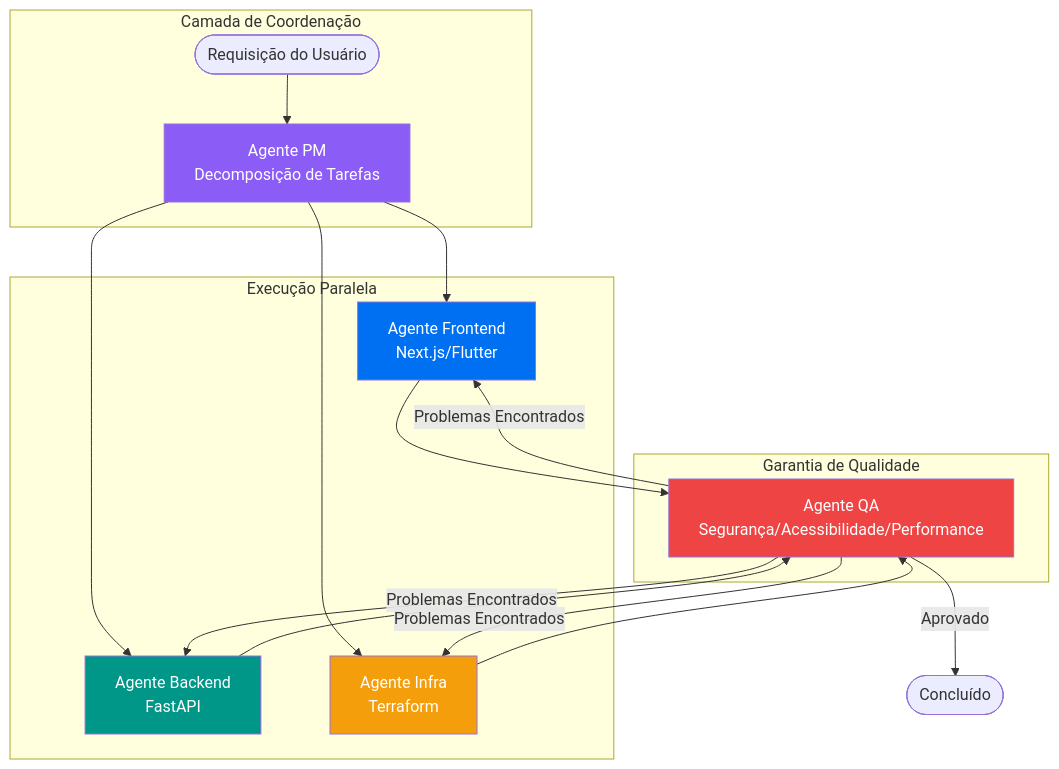
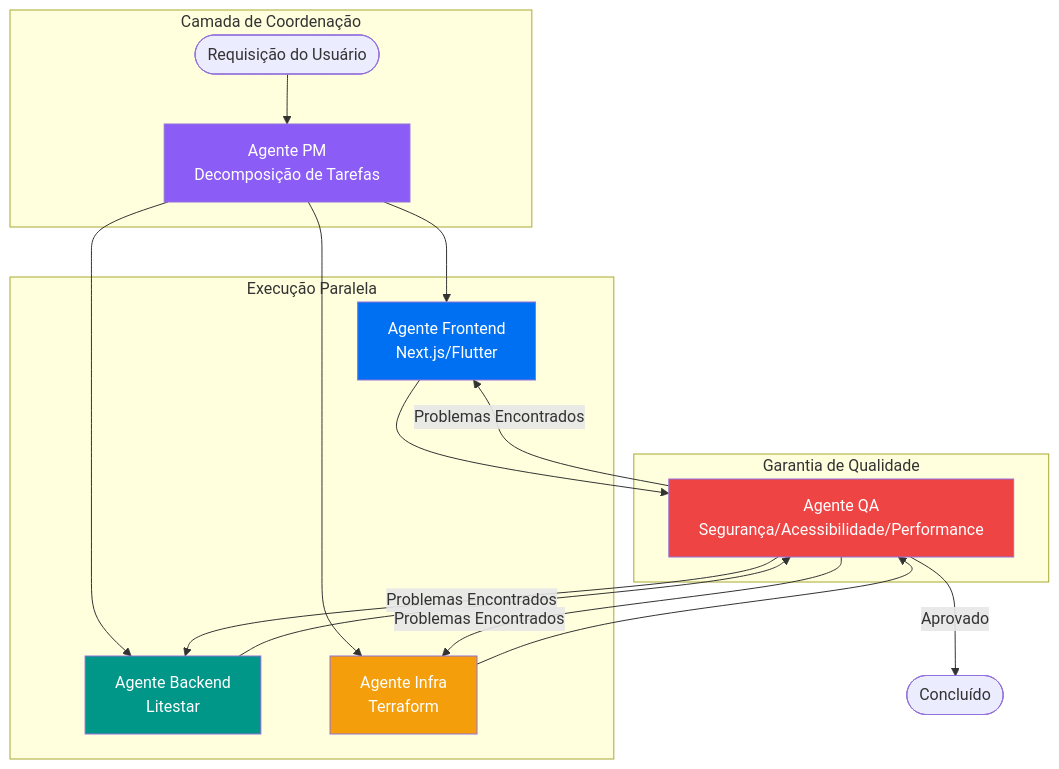
Before and after one commit to first-fluke/fullstack-starter: the second of 2 diagrams in docs/README.pt.md, drawn with Mermaid. The commit also changed other lines of this file and 60 other files, not shown here.

Commit message:
feat(api,worker): migrate from fastapi to litestar and msgspec

````diff
--- a/docs/README.pt.md
+++ b/docs/README.pt.md
@@ -83,29 +83,29 @@
 ```mermaid
 graph TB
     subgraph Coordination["Camada de Coordenação"]
         User([Requisição do Usuário])
         PM[Agente PM<br/>Decomposição de Tarefas]
     end
 
     subgraph Execution["Execução Paralela"]
         FE[Agente Frontend<br/>Next.js/Flutter]
-        BE[Agente Backend<br/>FastAPI]
+        BE[Agente Backend<br/>Litestar]
         Infra[Agente Infra<br/>Terraform]
     end
 
     subgraph Review["Garantia de Qualidade"]
         QA[Agente QA<br/>Segurança/Acessibilidade/Performance]
     end
 
     User --> PM
     PM --> FE & BE & Infra
     FE & BE & Infra --> QA
     QA -->|Problemas Encontrados| FE & BE & Infra
     QA -->|Aprovado| Done([Concluído])
 
     style PM fill:#8B5CF6,color:#fff
     style FE fill:#0070f3,color:#fff
     style BE fill:#009688,color:#fff
     style Infra fill:#F59E0B,color:#fff
     style QA fill:#EF4444,color:#fff
 ```
````
